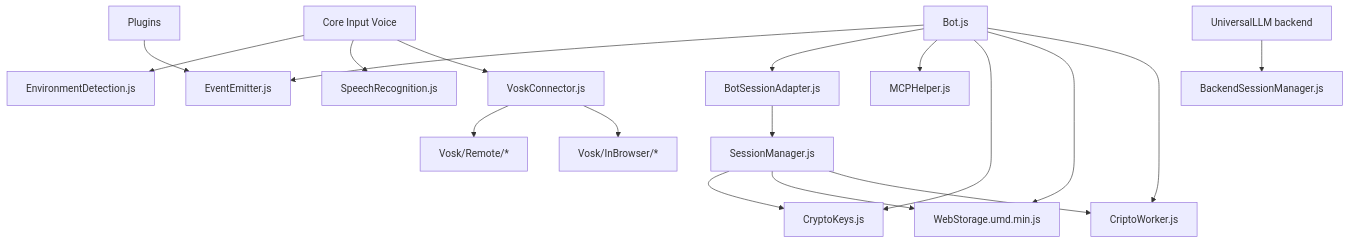
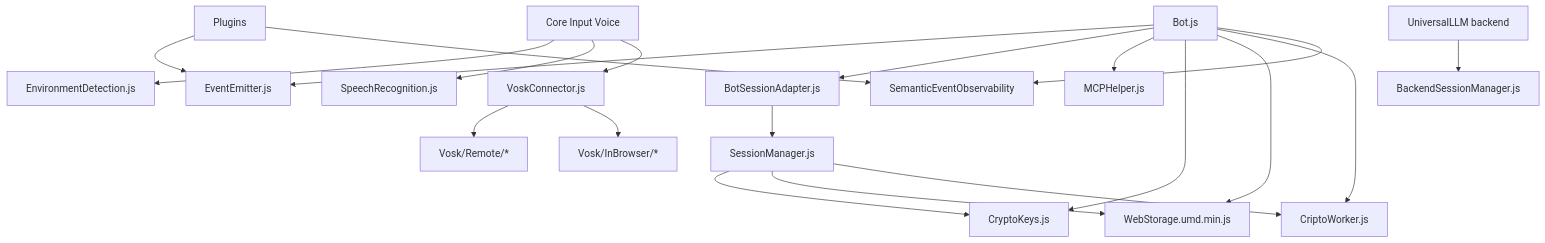
One commit to alexlana/handsforbots changed the first of 9 diagrams in docs-dev/04-libs.md. Above: the diagram before and after it, drawn with Mermaid. The commit also changed other lines of this file and 31 other files, not shown here.

First line of the commit message:
feat: add Semantic Event Observability lib and plugin

````diff
--- a/docs-dev/04-libs.md
+++ b/docs-dev/04-libs.md
@@ -7,26 +7,28 @@
 ```mermaid
 flowchart TB
   Bot["Bot.js"]
 
   Bot --> EE["EventEmitter.js"]
   Bot --> WSA["BotSessionAdapter.js"]
   Bot --> MCP["MCPHelper.js"]
   Bot --> CK["CryptoKeys.js"]
   Bot --> WS["WebStorage.umd.min.js"]
   Bot --> CW["CriptoWorker.js"]
 
   WSA --> SM["SessionManager.js"]
   SM --> CK
   SM --> WS
   SM --> CW
 
   CoreVoice["Core Input Voice"] --> ED["EnvironmentDetection.js"]
   CoreVoice --> SR["SpeechRecognition.js"]
   CoreVoice --> VC["VoskConnector.js"]
   VC --> VRemote["Vosk/Remote/*"]
   VC --> VLocal["Vosk/InBrowser/*"]
 
   ULLM["UniversalLLM backend"] --> BSM["BackendSessionManager.js"]
 
   Plugins --> EE
+  Plugins --> SEO["SemanticEventObservability"]
+  Bot --> SEO
 ```
````
